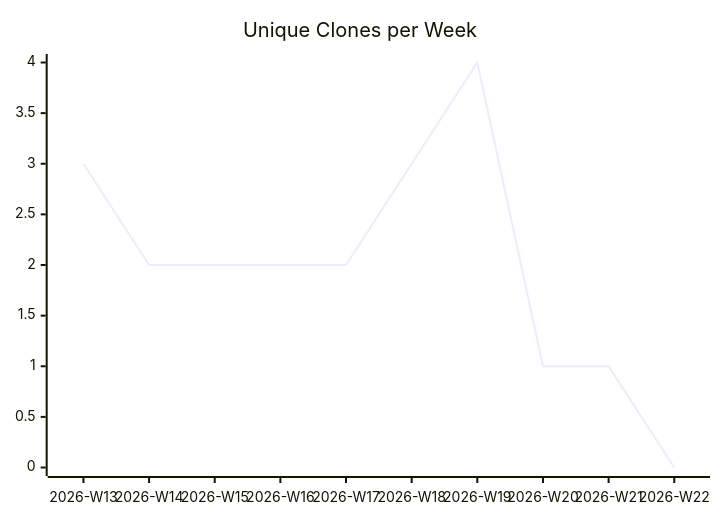
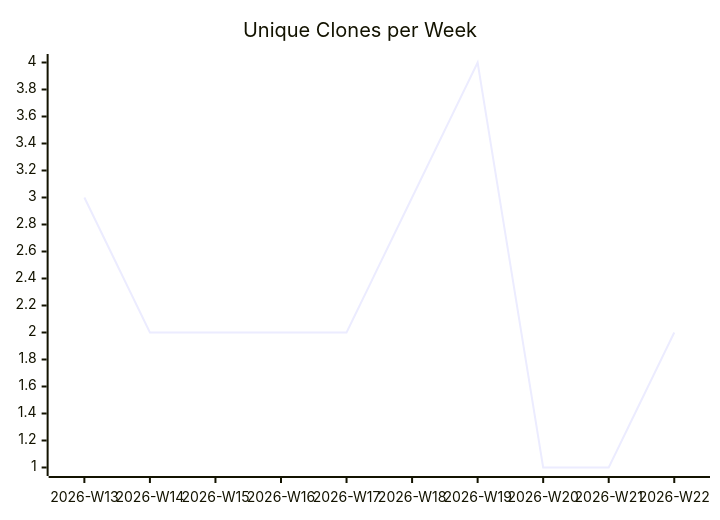
One commit to justdavis-family/github-analytics-data changed the third of 3 diagrams in karlmdavis/can-i-kayak-baltimore/README.md. Above: the diagram before and after it, drawn with Mermaid. The commit also changed other lines of this file and 189 other files, not shown here.

````diff
--- a/karlmdavis/can-i-kayak-baltimore/README.md
+++ b/karlmdavis/can-i-kayak-baltimore/README.md
@@ -19,6 +19,6 @@
 ```mermaid
 xychart-beta
   title "Unique Clones per Week"
   x-axis ["2026-W13", "2026-W14", "2026-W15", "2026-W16", "2026-W17", "2026-W18", "2026-W19", "2026-W20", "2026-W21", "2026-W22"]
-  line [3, 2, 2, 2, 2, 3, 4, 1, 1, 0]
+  line [3, 2, 2, 2, 2, 3, 4, 1, 1, 2]
 ```
````
